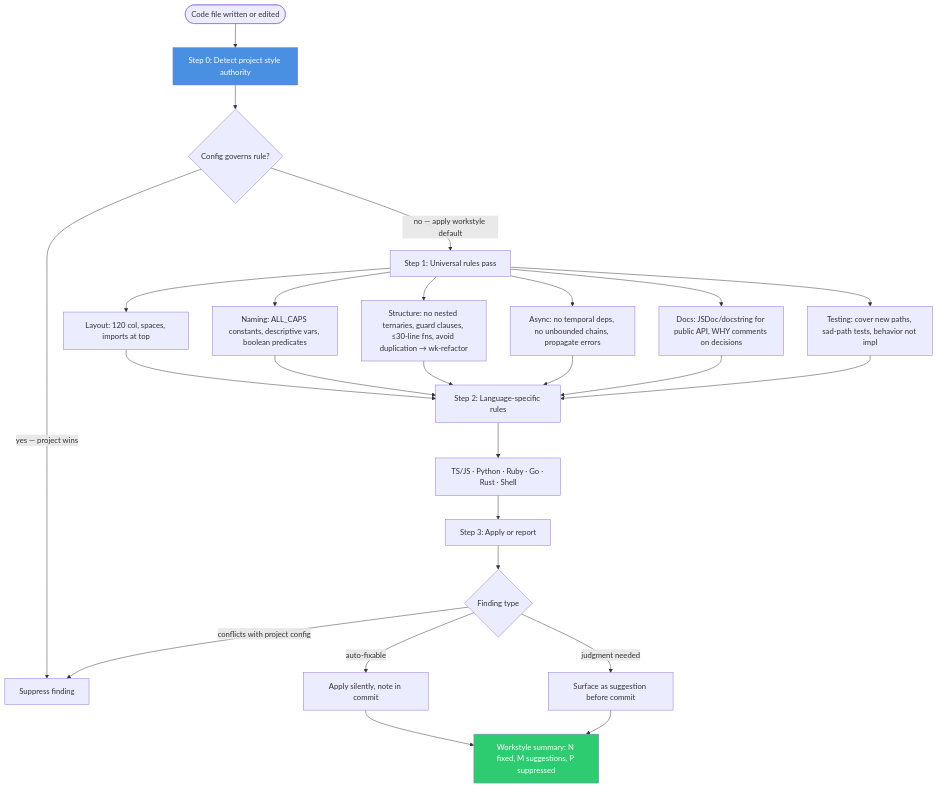
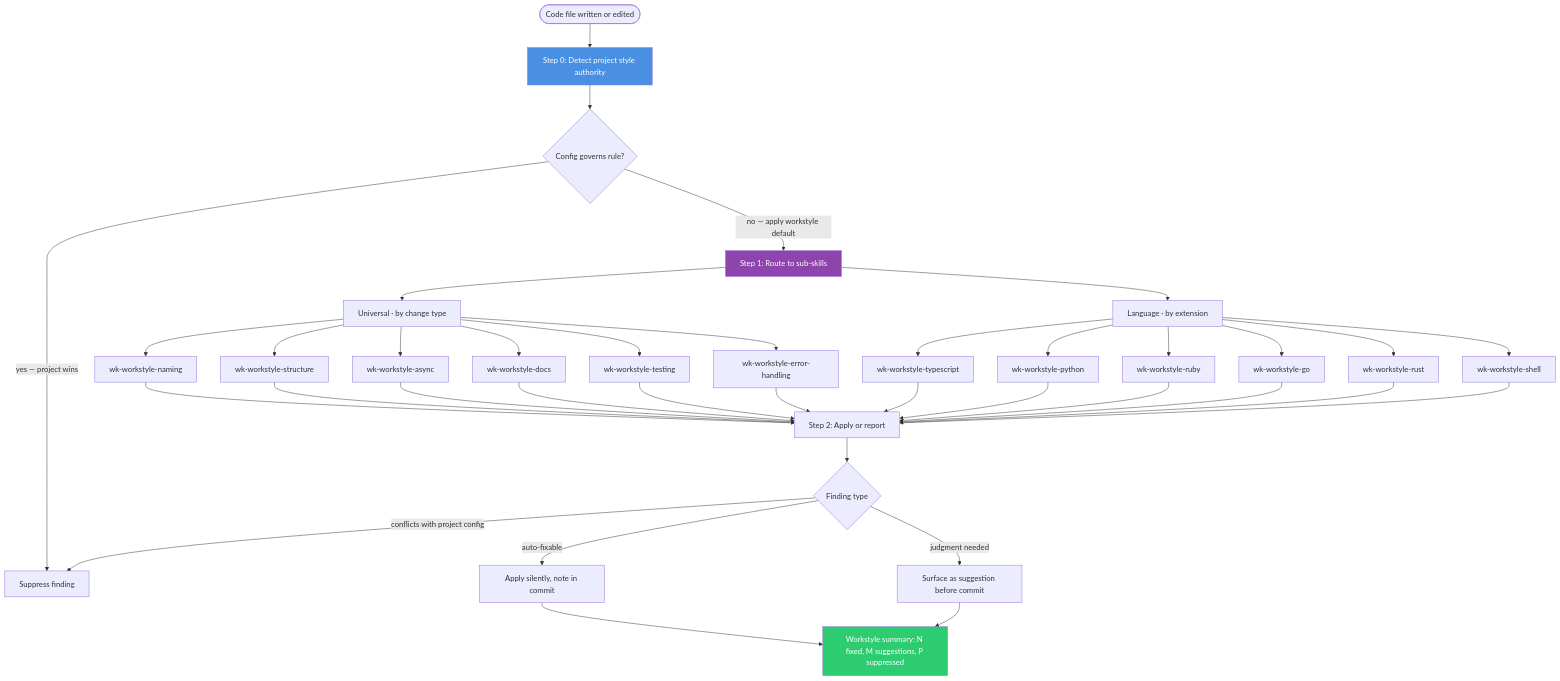
Before and after one commit to whizzzkid/skills: the diagram in skills/workstyle/README.md, drawn with Mermaid. The commit also changed other lines of this file and 26 other files, not shown here.

First line of the commit message:
✨ feat(skills): split wk-workstyle into 12 focused sub-skills

````diff
--- a/skills/workstyle/README.md
+++ b/skills/workstyle/README.md
@@ -14,28 +21,36 @@
 ```mermaid
 flowchart TD
     A([Code file written or edited]) --> B[Step 0: Detect project style authority]
     B --> C{Config governs rule?}
     C -->|yes — project wins| D[Suppress finding]
-    C -->|no — apply workstyle default| E[Step 1: Universal rules pass]
+    C -->|no — apply workstyle default| E[Step 1: Route to sub-skills]
 
-    E --> E1[Layout: 120 col, spaces, imports at top]
-    E --> E2[Naming: ALL_CAPS constants, descriptive vars, boolean predicates]
-    E --> E3[Structure: no nested ternaries, guard clauses, ≤30-line fns, avoid duplication → wk-refactor]
-    E --> E4[Async: no temporal deps, no unbounded chains, propagate errors]
-    E --> E5[Docs: JSDoc/docstring for public API, WHY comments on decisions]
-    E --> E6[Testing: cover new paths, sad-path tests, behavior not impl]
+    E --> U[Universal · by change type]
+    E --> L[Language · by extension]
 
-    E1 & E2 & E3 & E4 & E5 & E6 --> F[Step 2: Language-specific rules]
-    F --> F1[TS/JS · Python · Ruby · Go · Rust · Shell]
+    U --> U1[wk-workstyle-naming]
+    U --> U2[wk-workstyle-structure]
+    U --> U3[wk-workstyle-async]
+    U --> U4[wk-workstyle-docs]
+    U --> U5[wk-workstyle-testing]
+    U --> U6[wk-workstyle-error-handling]
 
-    F1 --> G[Step 3: Apply or report]
+    L --> L1[wk-workstyle-typescript]
+    L --> L2[wk-workstyle-python]
+    L --> L3[wk-workstyle-ruby]
+    L --> L4[wk-workstyle-go]
+    L --> L5[wk-workstyle-rust]
+    L --> L6[wk-workstyle-shell]
+
+    U1 & U2 & U3 & U4 & U5 & U6 & L1 & L2 & L3 & L4 & L5 & L6 --> G[Step 2: Apply or report]
     G --> H{Finding type}
     H -->|auto-fixable| I[Apply silently, note in commit]
     H -->|judgment needed| J[Surface as suggestion before commit]
     H -->|conflicts with project config| D
 
     I & J --> K[Workstyle summary: N fixed, M suggestions, P suppressed]
 
     style B fill:#4a90e2,color:#fff
+    style E fill:#8e44ad,color:#fff
     style K fill:#2ecc71,color:#fff
 ```
````
